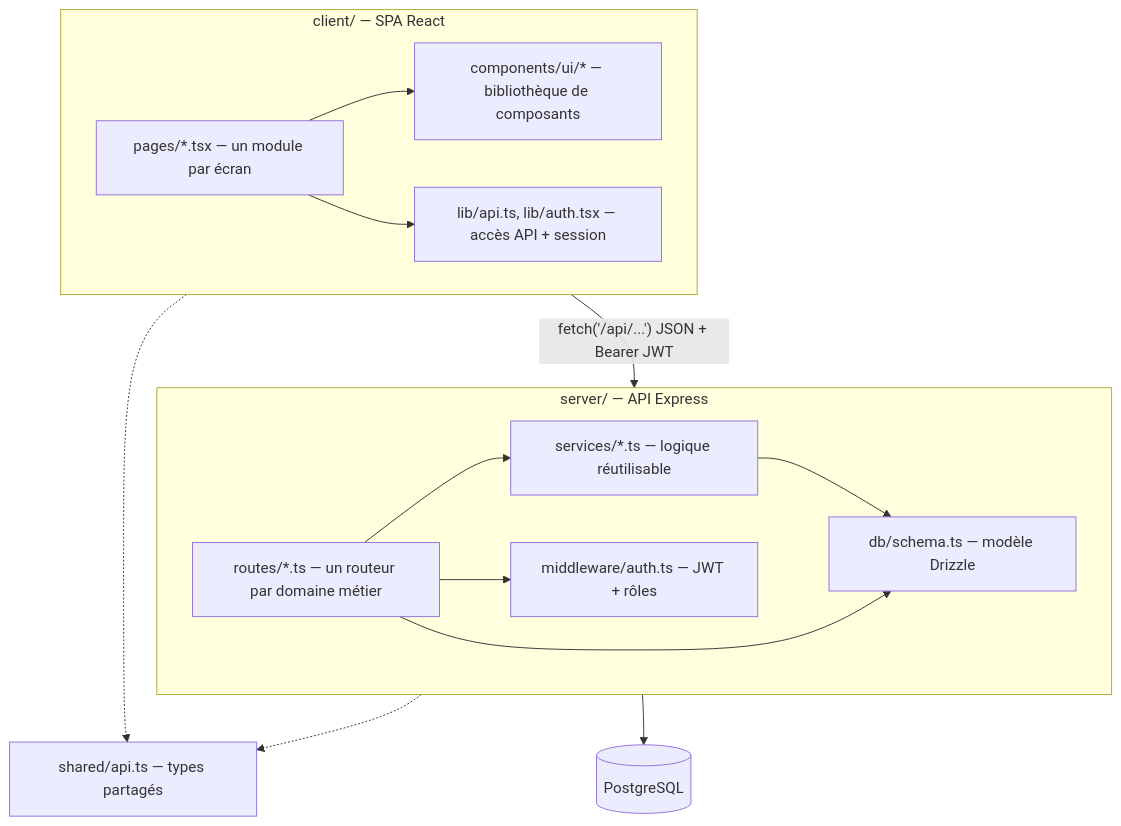
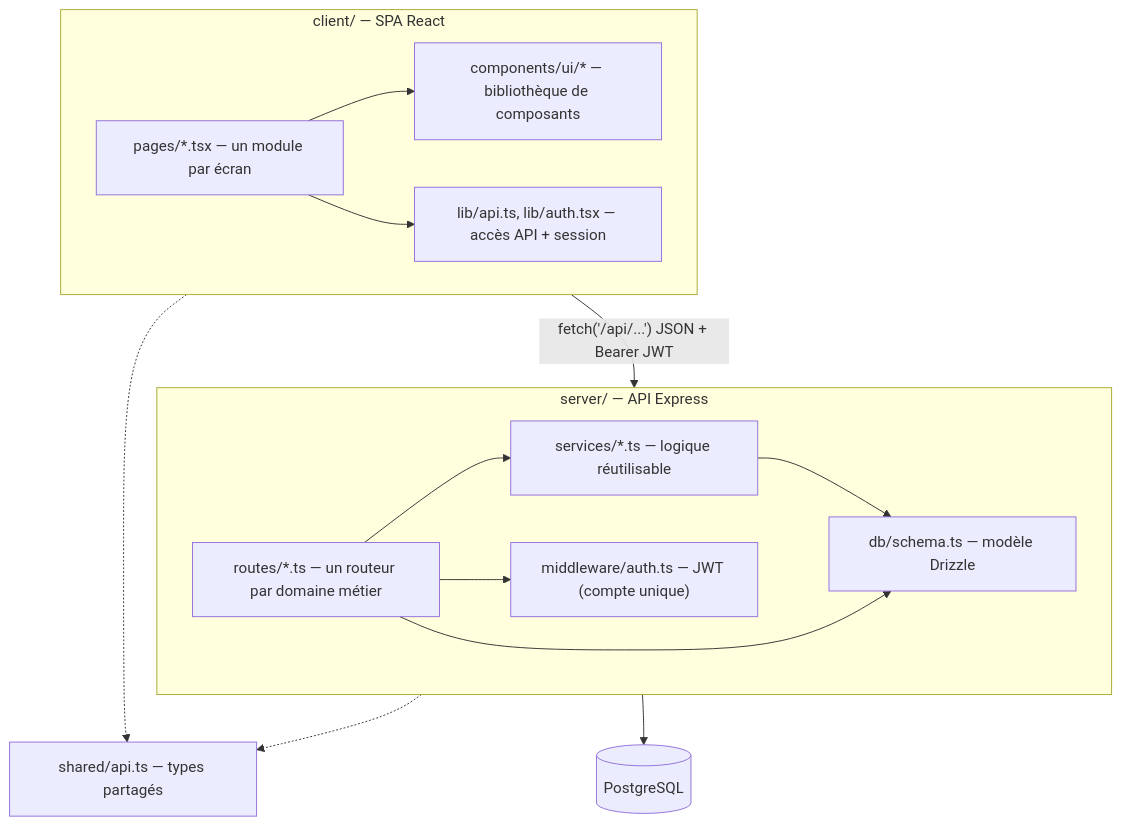
The diagram in epi-epc-app/docs/architecture.md (OmarOufissa/turbo-journey), drawn with Mermaid before and after one commit. The commit also changed other lines of this file and 17 other files, not shown here.

````diff
--- a/epi-epc-app/docs/architecture.md
+++ b/epi-epc-app/docs/architecture.md
@@ -5,28 +5,28 @@
 ```mermaid
 flowchart TB
     subgraph Client["client/ — SPA React"]
         Pages["pages/*.tsx — un module par écran"]
         UI["components/ui/* — bibliothèque de composants"]
         Lib["lib/api.ts, lib/auth.tsx — accès API + session"]
         Pages --> UI
         Pages --> Lib
     end
 
     subgraph Server["server/ — API Express"]
         Routes["routes/*.ts — un routeur par domaine métier"]
         Services["services/*.ts — logique réutilisable"]
-        Middleware["middleware/auth.ts — JWT + rôles"]
+        Middleware["middleware/auth.ts — JWT (compte unique)"]
         Schema["db/schema.ts — modèle Drizzle"]
         Routes --> Services
         Routes --> Middleware
         Services --> Schema
         Routes --> Schema
     end
 
     Shared["shared/api.ts — types partagés"]
 
     Client -- "fetch('/api/...') JSON + Bearer JWT" --> Server
     Client -.-> Shared
     Server -.-> Shared
     Server --> Postgres[(PostgreSQL)]
 ```
````
